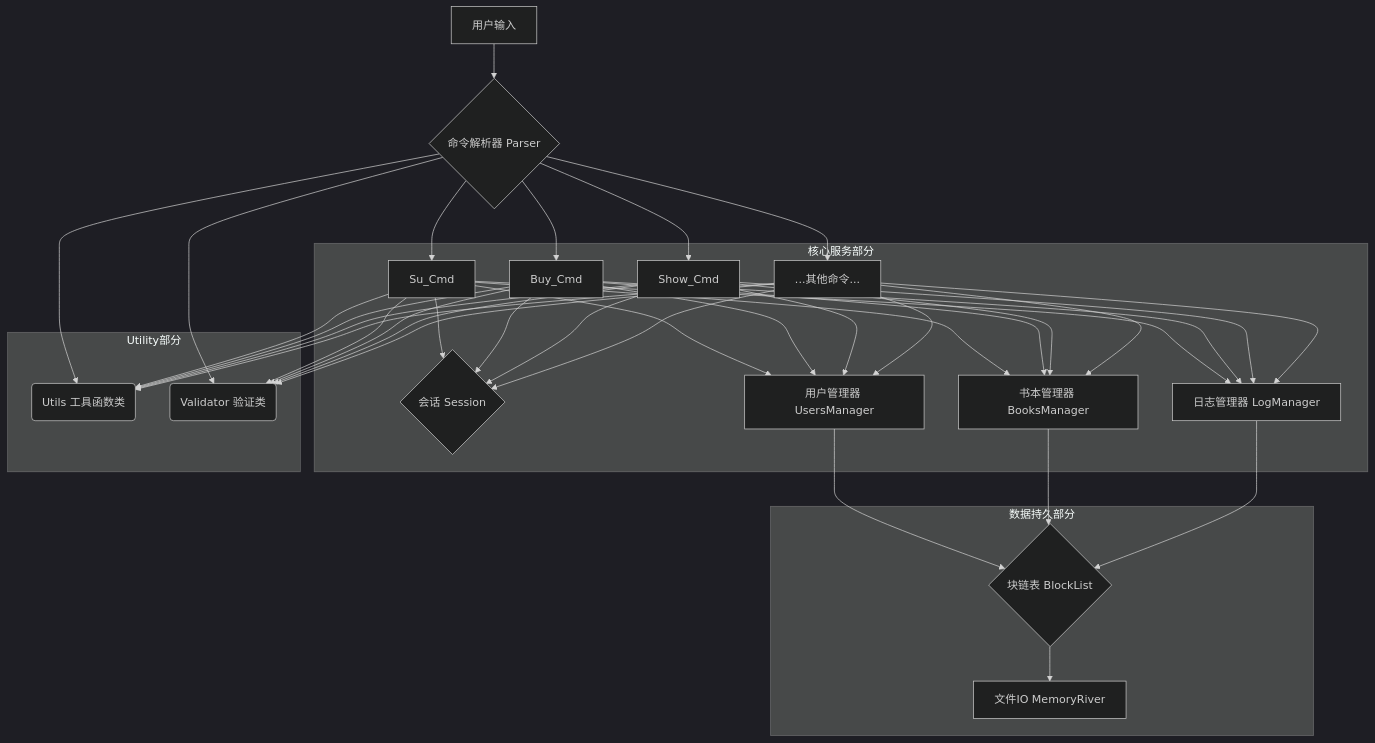
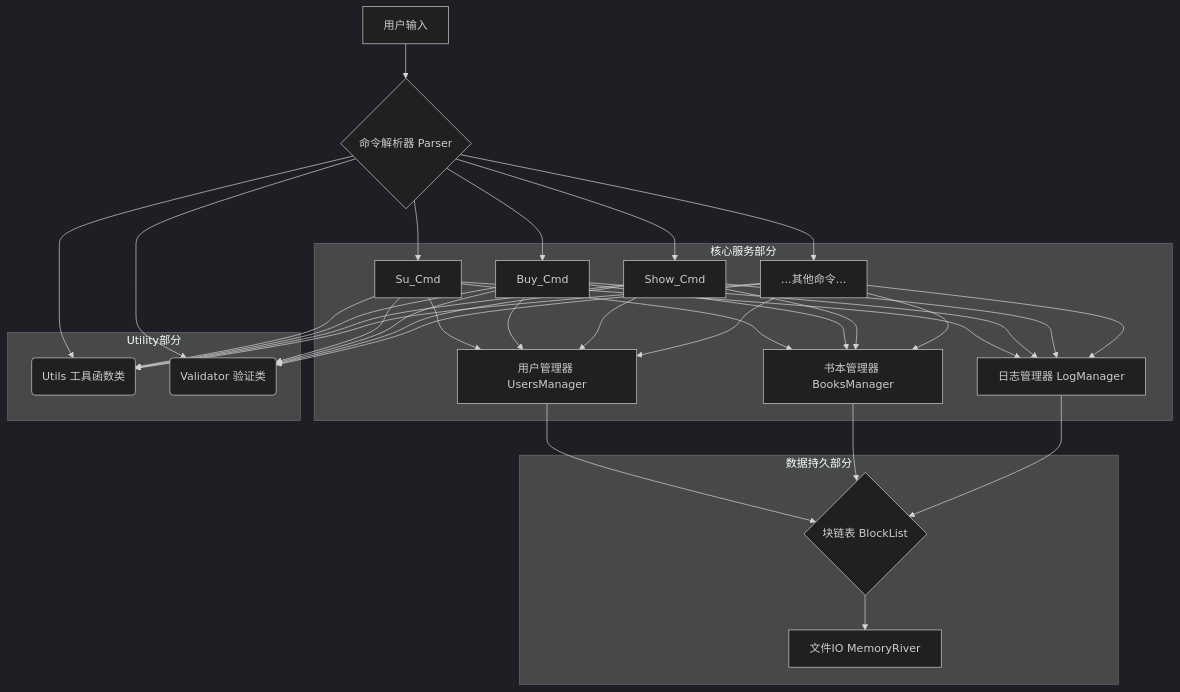
The diagram in doc/总体设计文档.md (llx07/Bookstore-2025), drawn with Mermaid (dark theme) before and after one commit. The commit also changed other lines of this file and 2 other files, not shown here.

````diff
--- a/doc/总体设计文档.md
+++ b/doc/总体设计文档.md
@@ -76,29 +74,28 @@
 ```mermaid
 graph TD
     A[用户输入] --> B{命令解析器 Parser};
     B --> C1[Su_Cmd];
     B --> C2[Buy_Cmd];
     B --> C3[Show_Cmd];
     B --> C4[...其他命令...];
     subgraph 核心服务部分
-        C1 & C2 & C3 & C4 --> D{会话 Session};
         C1 & C2 & C3 & C4 --> E[用户管理器 UsersManager];
         C1 & C2 & C3 & C4 --> F[书本管理器 BooksManager];
         C1 & C2 & C3 & C4 --> G[日志管理器 LogManager];
     end
 
     subgraph 数据持久部分
         E --> H{块链表 BlockList};
         F --> H;
         G --> H;
         H --> I[文件IO MemoryRiver];
     end
 
     subgraph Utility部分
         J(Utils 工具函数类)
         K(Validator 验证类)
 
     end
     C1 & C2 & C3 & C4 & B --> J
     C1 & C2 & C3 & C4 & B --> K
 ```
````
